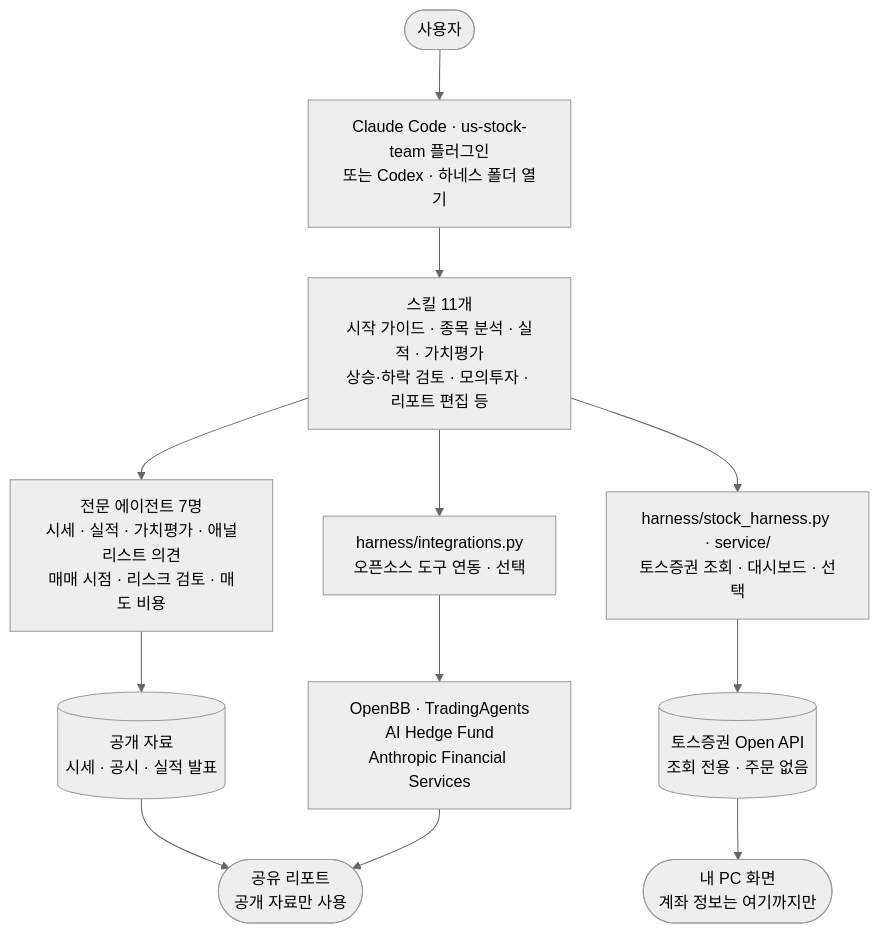
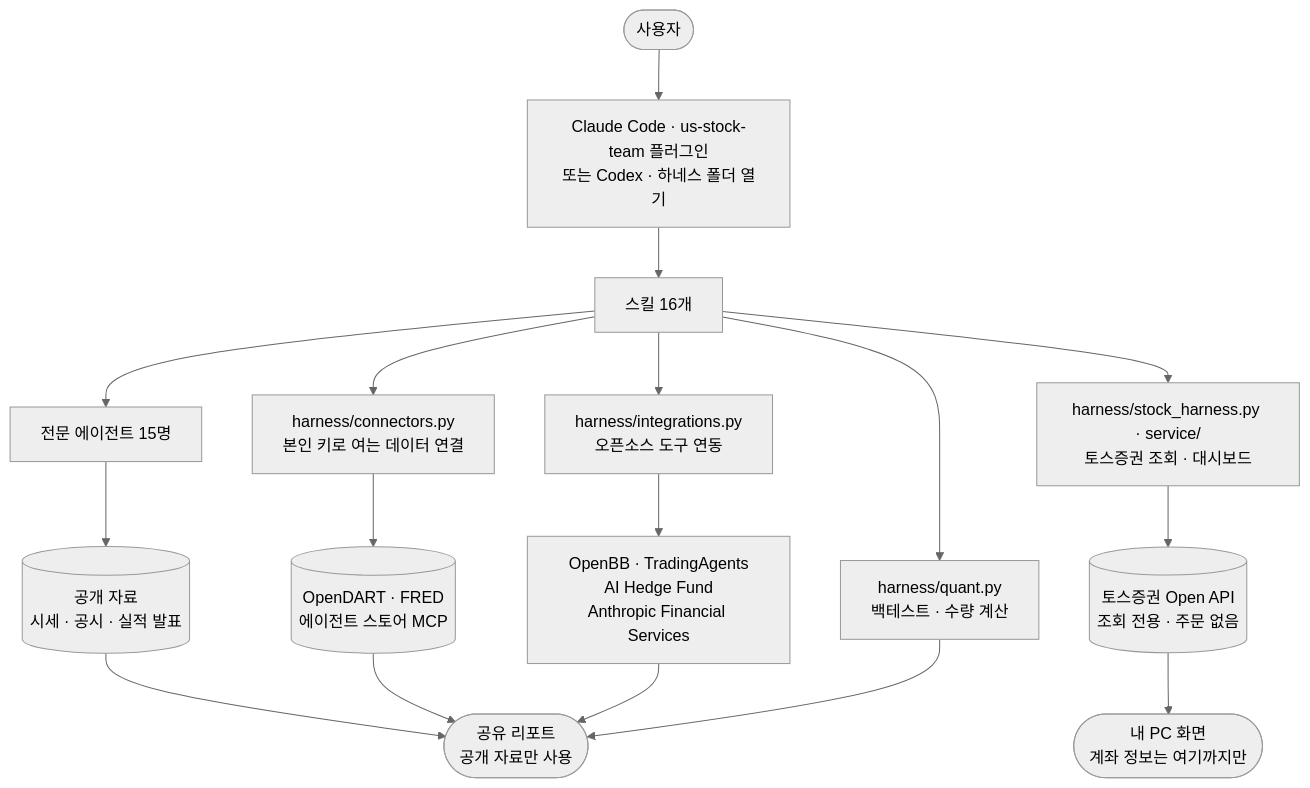
One commit to seulee26/stock-team-harness changed the second of 2 diagrams in README.md. Above: the diagram before and after it, drawn with Mermaid (neutral theme). The commit also changed other lines of this file and 37 other files, not shown here.

````diff
--- a/README.md
+++ b/README.md
@@ -119,17 +121,21 @@
 ```mermaid
 flowchart TD
     U(["사용자"]) --> AI["Claude Code · us-stock-team 플러그인<br/>또는 Codex · 하네스 폴더 열기"]
-    AI --> SK["스킬 11개<br/>시작 가이드 · 종목 분석 · 실적 · 가치평가<br/>상승·하락 검토 · 모의투자 · 리포트 편집 등"]
-
-    SK --> AG["전문 에이전트 7명<br/>시세 · 실적 · 가치평가 · 애널리스트 의견<br/>매매 시점 · 리스크 검토 · 매도 비용"]
-    SK --> HI["harness/integrations.py<br/>오픈소스 도구 연동 · 선택"]
-    SK --> HT["harness/stock_harness.py · service/<br/>토스증권 조회 · 대시보드 · 선택"]
+    AI --> SK["스킬 16개"]
+    SK --> AG["전문 에이전트 15명"]
+    SK --> QN["harness/quant.py<br/>백테스트 · 수량 계산"]
+    SK --> CN["harness/connectors.py<br/>본인 키로 여는 데이터 연결"]
+    SK --> HI["harness/integrations.py<br/>오픈소스 도구 연동"]
+    SK --> HT["harness/stock_harness.py · service/<br/>토스증권 조회 · 대시보드"]
 
     AG --> PUB[("공개 자료<br/>시세 · 공시 · 실적 발표")]
+    CN --> DATA[("OpenDART · FRED<br/>에이전트 스토어 MCP")]
     HI --> OSS["OpenBB · TradingAgents<br/>AI Hedge Fund<br/>Anthropic Financial Services"]
     HT --> TOSS[("토스증권 Open API<br/>조회 전용 · 주문 없음")]
 
     PUB --> REP(["공유 리포트<br/>공개 자료만 사용"])
+    DATA --> REP
     OSS --> REP
+    QN --> REP
     TOSS --> PC(["내 PC 화면<br/>계좌 정보는 여기까지만"])
 ```
````
